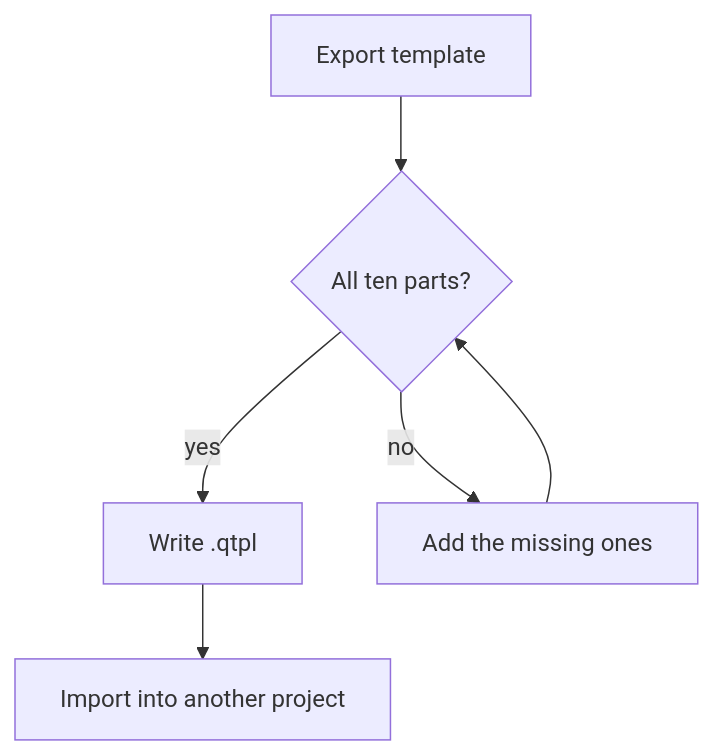
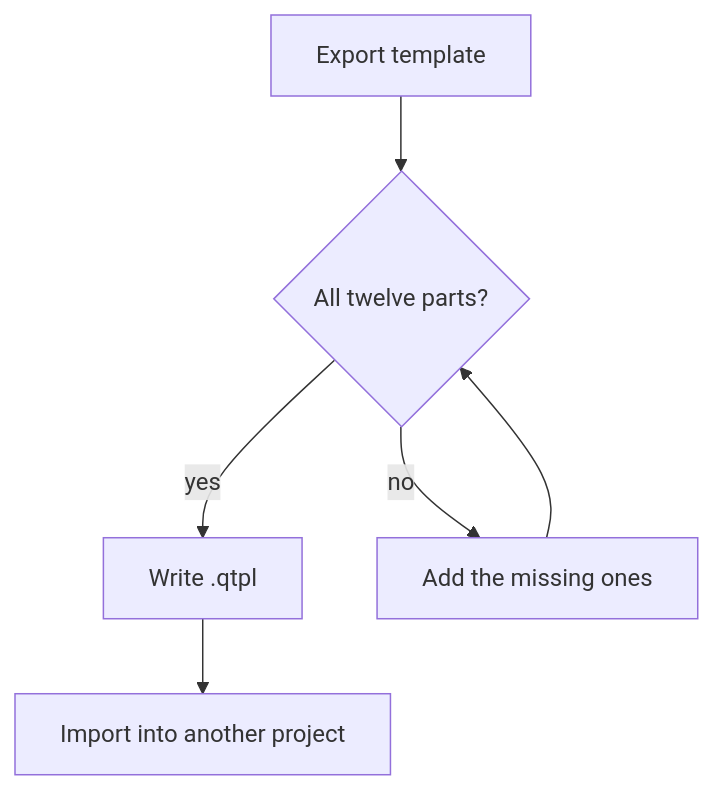
One commit to boxi-os/Quartz-Example-Template changed the first of 2 diagrams in en/2-formatting/09-diagrams/flow.md. Above: the diagram before and after it, drawn with Mermaid. The commit also changed other lines of this file and 5 other files, not shown here.

First line of the commit message:
Die Bausteine sind zwölf, nicht zehn — auch in den Diagrammen

````diff
--- a/en/2-formatting/09-diagrams/flow.md
+++ b/en/2-formatting/09-diagrams/flow.md
@@ -23,8 +23,8 @@
 ```mermaid
 flowchart TD
-    A[Export template] --> B{All ten parts?}
+    A[Export template] --> B{All twelve parts?}
     B -->|yes| C[Write .qtpl]
     B -->|no| D[Add the missing ones]
     D --> B
     C --> E[Import into another project]
 ```
````
